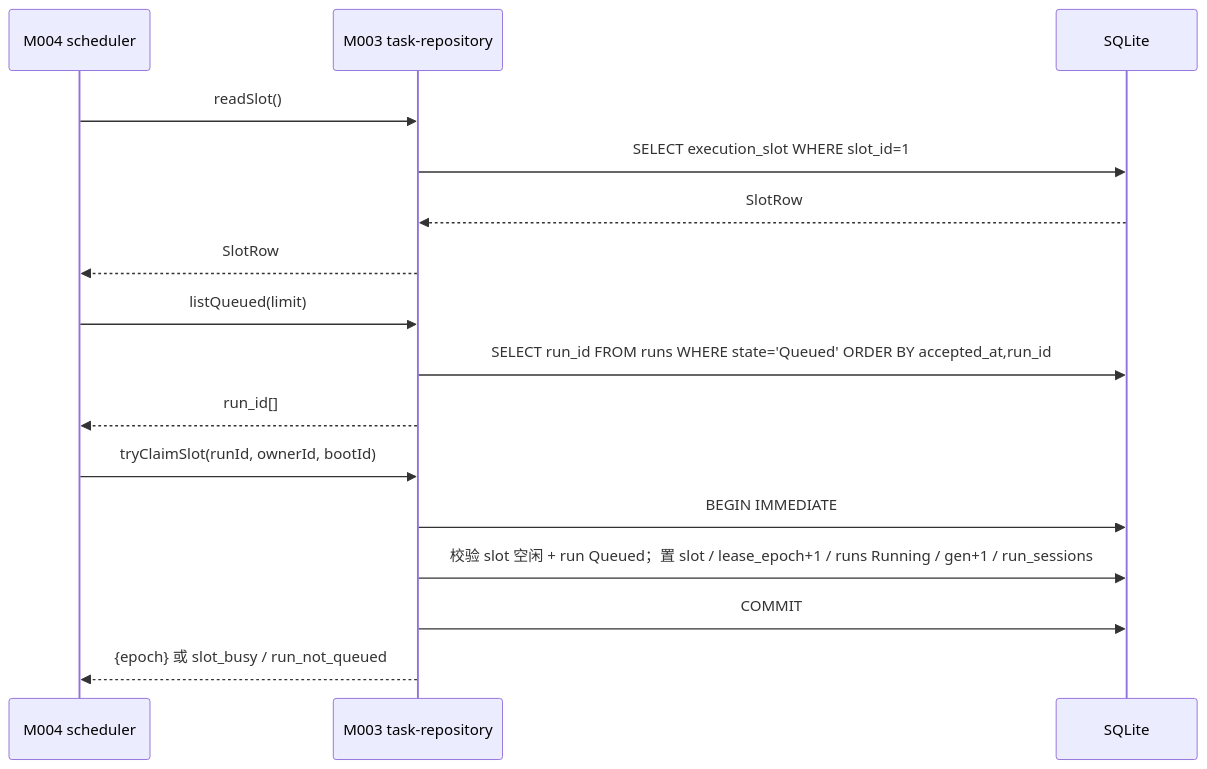
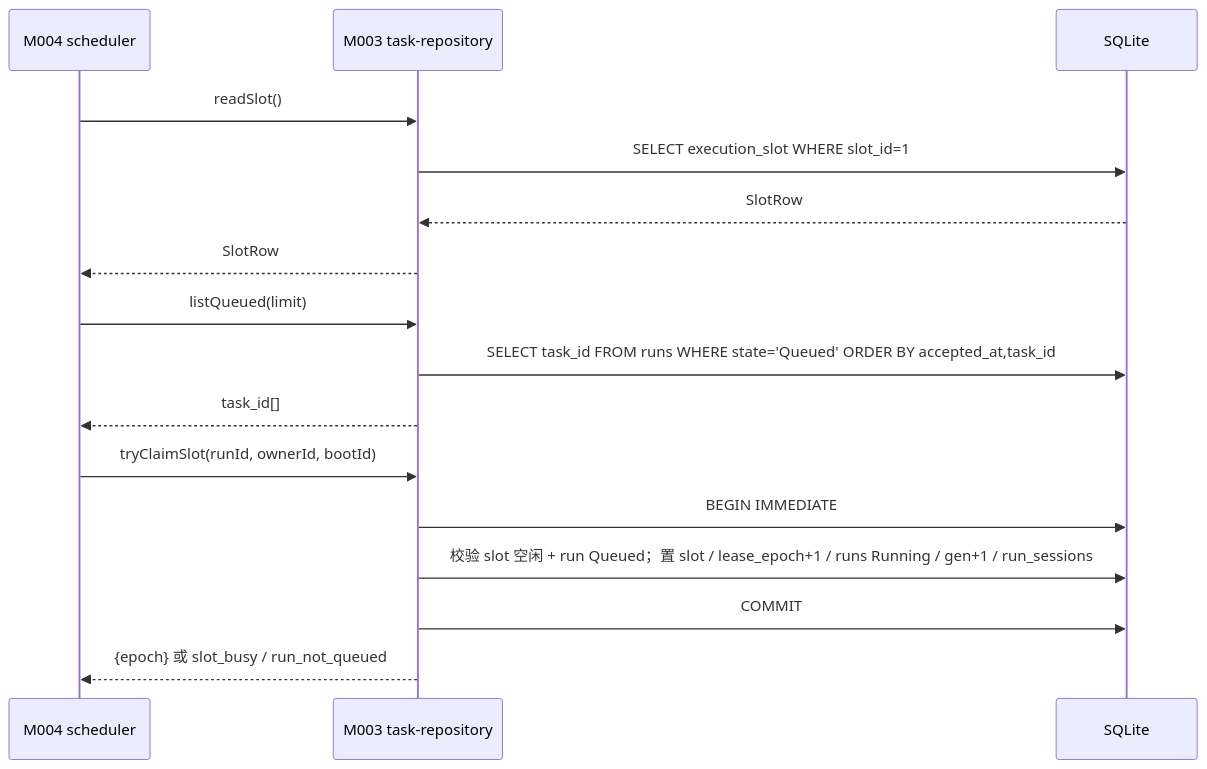
The fifth of 8 diagrams in docs/40_module_design/piko-task-repository-design.md (corezilla/piko), drawn with Mermaid before and after one commit. The commit also changed other lines of this file and 86 other files, not shown here.

````diff
--- a/docs/40_module_design/piko-task-repository-design.md
+++ b/docs/40_module_design/piko-task-repository-design.md
@@ -903,18 +900,18 @@
 ```mermaid
 sequenceDiagram
     participant Sch as M004 scheduler
     participant Repo as M003 task-repository
     participant DB as SQLite
     Sch->>Repo: readSlot()
     Repo->>DB: SELECT execution_slot WHERE slot_id=1
     DB-->>Repo: SlotRow
     Repo-->>Sch: SlotRow
     Sch->>Repo: listQueued(limit)
-    Repo->>DB: SELECT run_id FROM runs WHERE state='Queued' ORDER BY accepted_at,run_id
-    Repo-->>Sch: run_id[]
+    Repo->>DB: SELECT task_id FROM runs WHERE state='Queued' ORDER BY accepted_at,task_id
+    Repo-->>Sch: task_id[]
     Sch->>Repo: tryClaimSlot(runId, ownerId, bootId)
     Repo->>DB: BEGIN IMMEDIATE
     Repo->>DB: 校验 slot 空闲 + run Queued；置 slot / lease_epoch+1 / runs Running / gen+1 / run_sessions
     Repo->>DB: COMMIT
     Repo-->>Sch: {epoch} 或 slot_busy / run_not_queued
 ```
````
